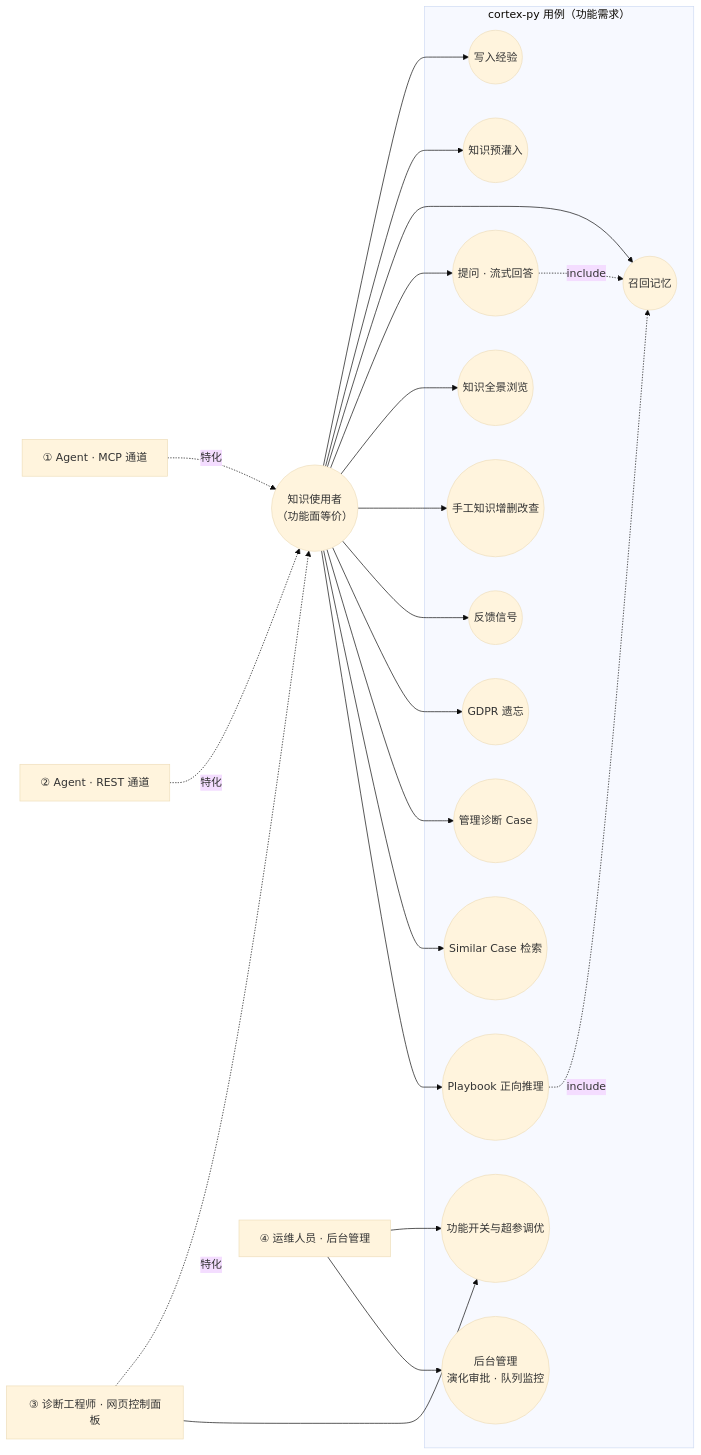
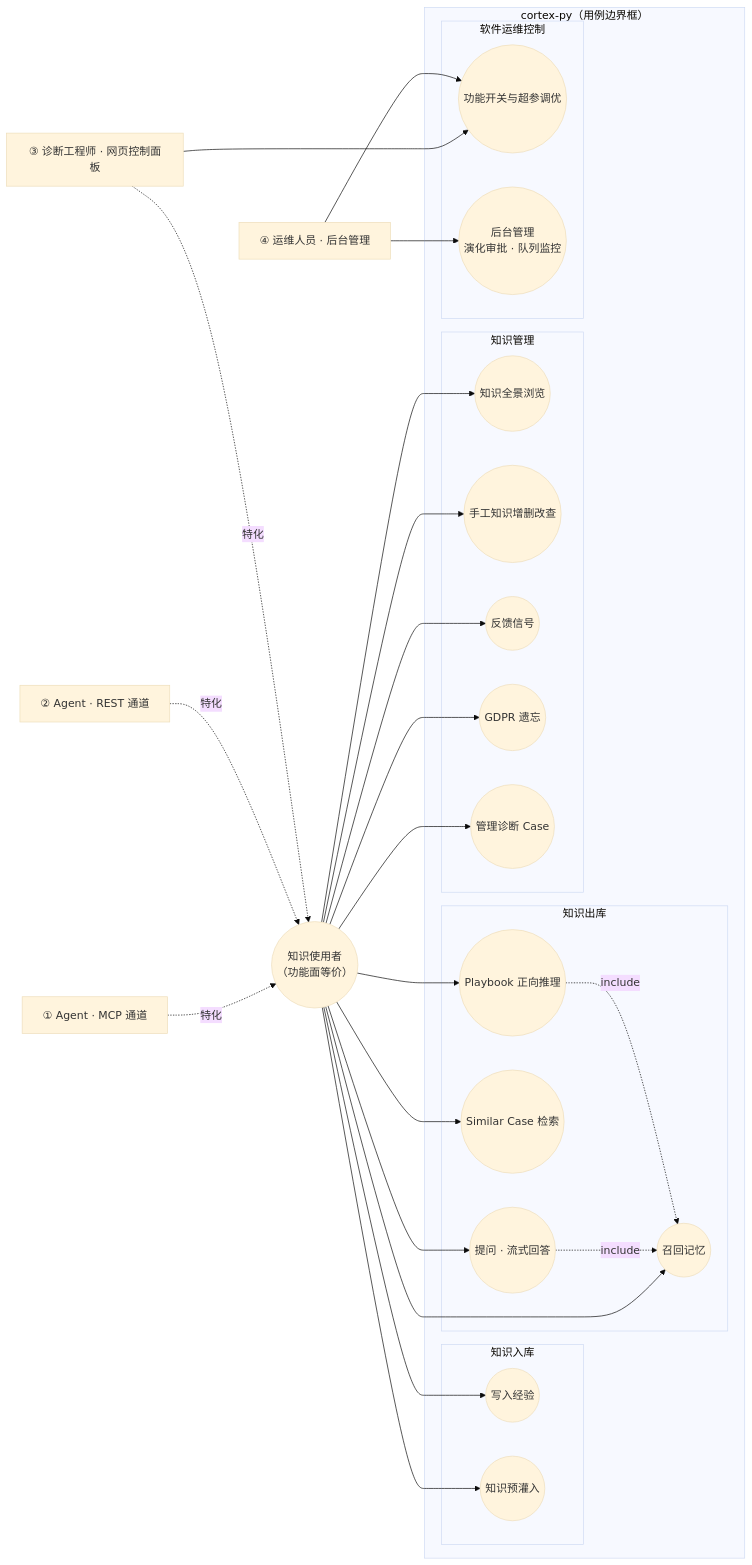
One commit to pty819/cortex-py-book changed the seventh of 10 diagrams in source/chapters/23-architecture-diagrams.md. Above: the diagram before and after it, drawn with Mermaid (base theme). The commit also changed other lines of this file, not shown here.

First line of the commit message:
docs(ch23): 用例图改为四子系统嵌套结构

````diff
--- a/source/chapters/23-architecture-diagrams.md
+++ b/source/chapters/23-architecture-diagrams.md
@@ -414,45 +424,53 @@
 ```{mermaid}
 graph LR
     AGM["① Agent · MCP 通道"]
     AGR["② Agent · REST 通道"]
     ENG["③ 诊断工程师 · 网页控制面板"]
     USER(("知识使用者<br/>（功能面等价）"))
     OPS["④ 运维人员 · 后台管理"]
 
     AGM -.->|特化| USER
     AGR -.->|特化| USER
     ENG -.->|特化| USER
 
-    subgraph SYS["cortex-py 用例（功能需求）"]
-        UC1(("写入经验"))
-        UC2(("知识预灌入"))
-        UC3(("召回记忆"))
-        UC4(("提问 · 流式回答"))
-        UC5(("知识全景浏览"))
-        UC6(("手工知识增删改查"))
-        UC7(("反馈信号"))
-        UC8(("GDPR 遗忘"))
-        UC9(("管理诊断 Case"))
-        UC10(("Similar Case 检索"))
-        UC11(("Playbook 正向推理"))
-        UC12(("功能开关与超参调优"))
-        UC13(("后台管理<br/>演化审批 · 队列监控"))
+    subgraph SYS["cortex-py（用例边界框）"]
+        subgraph SUB_IN["知识入库"]
+            UC1(("写入经验"))
+            UC2(("知识预灌入"))
+        end
+        subgraph SUB_OUT["知识出库"]
+            UC3(("召回记忆"))
+            UC4(("提问 · 流式回答"))
+            UC5(("Similar Case 检索"))
+            UC6(("Playbook 正向推理"))
+        end
+        subgraph SUB_MGMT["知识管理"]
+            UC7(("知识全景浏览"))
+            UC8(("手工知识增删改查"))
+            UC9(("反馈信号"))
+            UC10(("GDPR 遗忘"))
+            UC11(("管理诊断 Case"))
+        end
+        subgraph SUB_OPS["软件运维控制"]
+            UC12(("功能开关与超参调优"))
+            UC13(("后台管理<br/>演化审批 · 队列监控"))
+        end
     end
 
     USER --> UC1
     USER --> UC2
     USER --> UC3
     USER --> UC4
     USER --> UC5
     USER --> UC6
     USER --> UC7
     USER --> UC8
     USER --> UC9
     USER --> UC10
     USER --> UC11
     ENG --> UC12
     OPS --> UC12
     OPS --> UC13
     UC4 -.->|include| UC3
-    UC11 -.->|include| UC3
+    UC6 -.->|include| UC3
 ```
````
